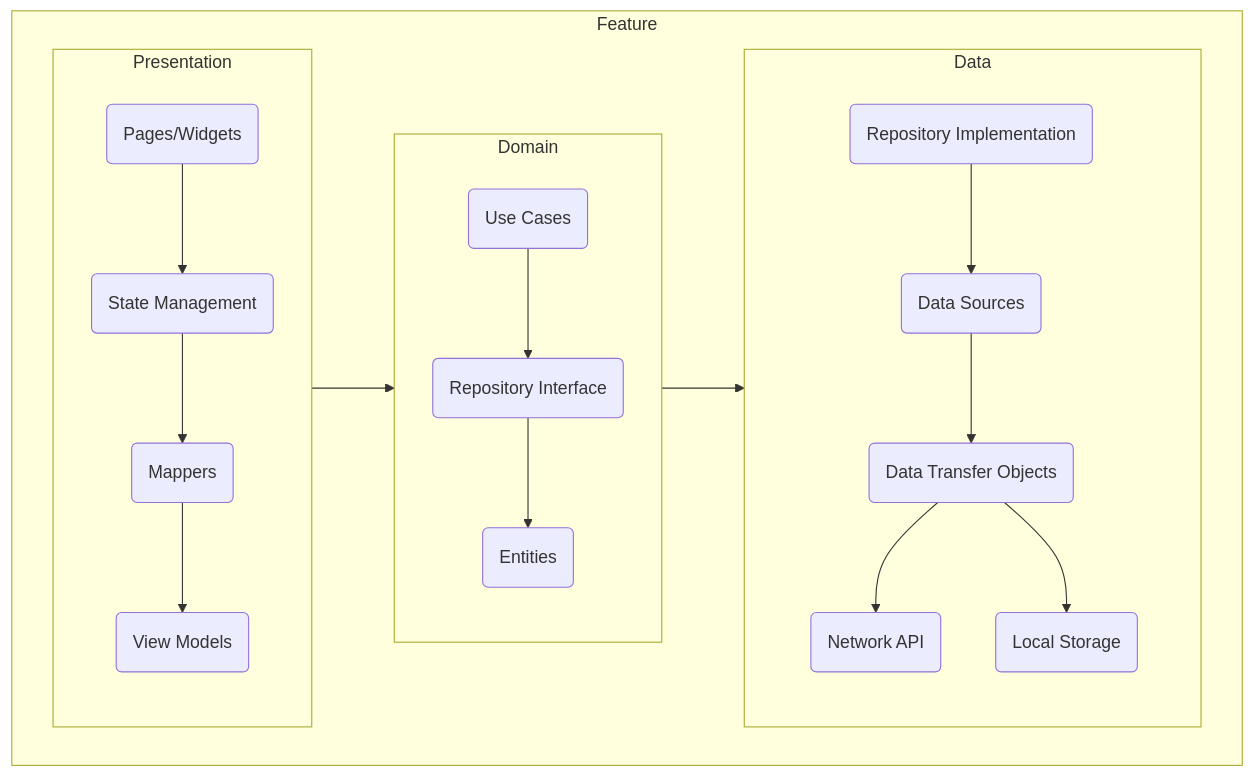
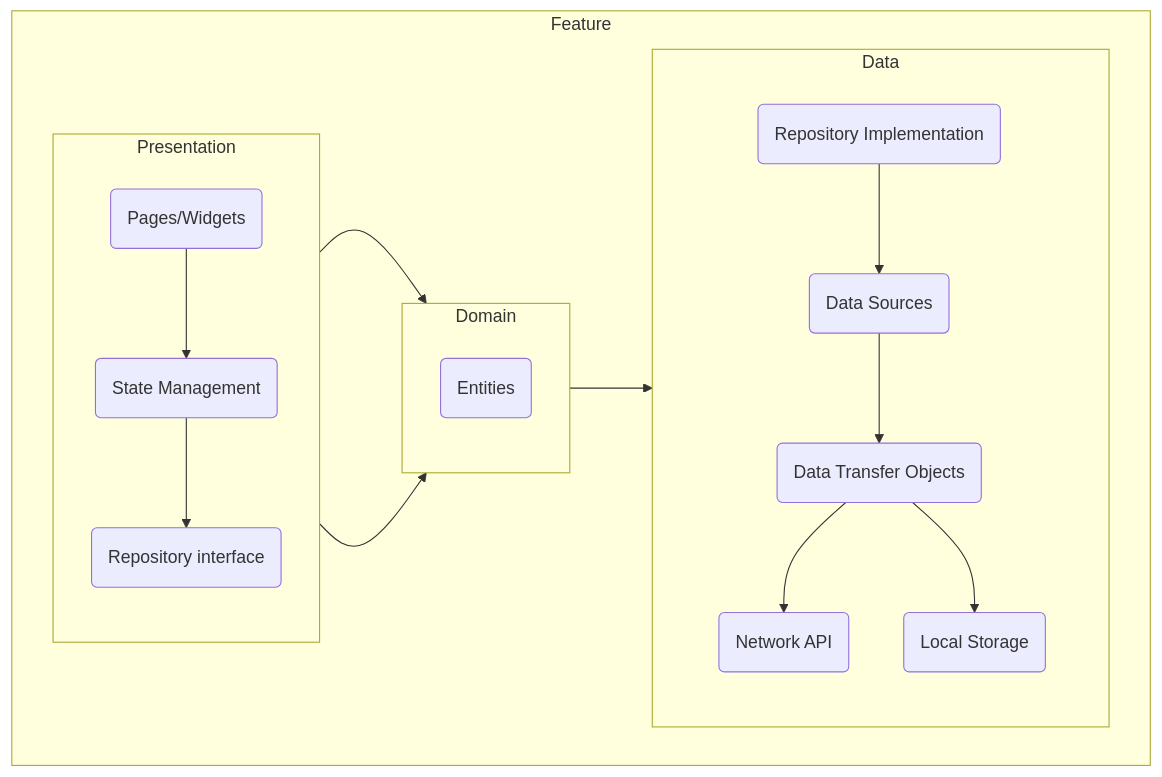
One commit to TechStackApps/HealthWallet.me changed the diagram in memory-bank/systemPatterns.md. Above: the diagram before and after it, drawn with Mermaid. The commit also changed 132 other files, not shown here.

````diff
--- a/memory-bank/systemPatterns.md
+++ b/memory-bank/systemPatterns.md
@@ -11,27 +11,25 @@
 ```mermaid
 graph TD
     subgraph Feature
         direction LR
         subgraph Presentation
             direction TB
             UI(Pages/Widgets) --> BLoC(State Management)
-            BLoC --> Mappers(Mappers)
-            Mappers --> ViewModels(View Models)
+            BLoC --> RepositoryInterface(Repository interface)
         end
         subgraph Domain
             direction TB
-            UseCase(Use Cases) --> RepositoryInterface(Repository Interface)
             RepositoryInterface --> Entities(Entities)
         end
         subgraph Data
             direction TB
             RepositoryImpl(Repository Implementation) --> DataSource(Data Sources)
             DataSource --> DTOs(Data Transfer Objects)
             DTOs --> Network(Network API)
             DTOs --> Local(Local Storage)
         end
     end
 
     Presentation --> Domain
     Domain --> Data
 ```
````
